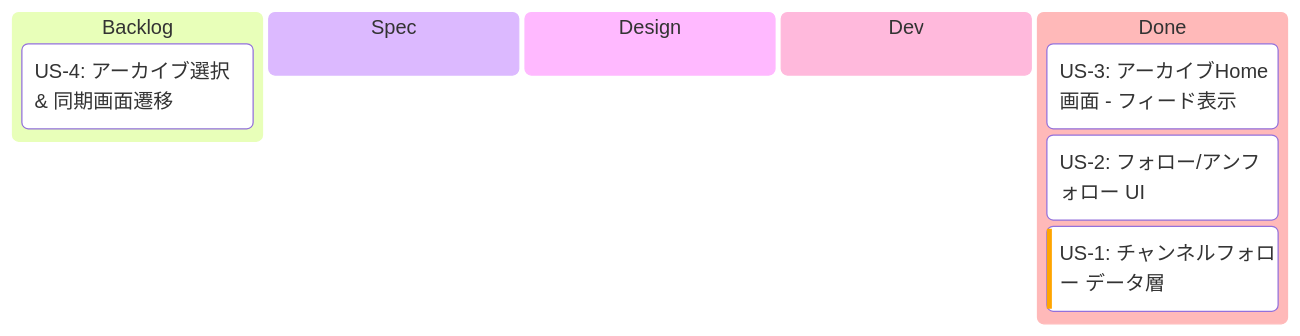
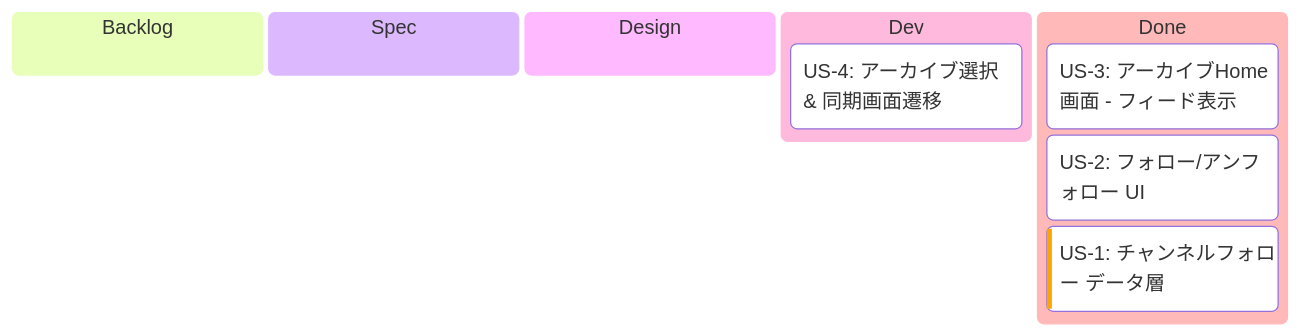
The first of 2 diagrams in implement-context/channel-follow-home/EPIC.md (saki0000/collab-stream), drawn with Mermaid before and after one commit. The commit also changed other lines of this file and 15 other files, not shown here.

First line of the commit message:
feat: アーカイブ選択UIとTimelineSyncへのプリセット付き遷移を追加

````diff
--- a/implement-context/channel-follow-home/EPIC.md
+++ b/implement-context/channel-follow-home/EPIC.md
@@ -26,17 +26,17 @@
 ```mermaid
 ---
 config:
   kanban:
     ticketBaseUrl: ''
 ---
 kanban
   backlog[Backlog]
-    us4[US-4: アーカイブ選択 & 同期画面遷移]
   spec[Spec]
   design[Design]
   dev[Dev]
+    us4[US-4: アーカイブ選択 & 同期画面遷移]
   done[Done]
     us3[US-3: アーカイブHome画面 - フィード表示]
     us2[US-2: フォロー/アンフォロー UI]
     us1[US-1: チャンネルフォロー データ層]@{ priority: 'High' }
 ```
````
